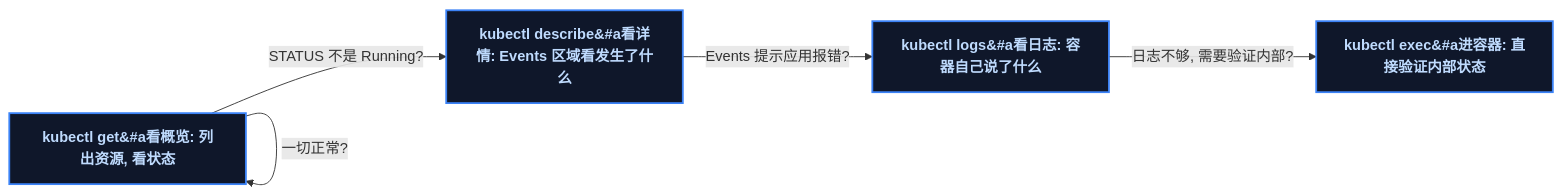
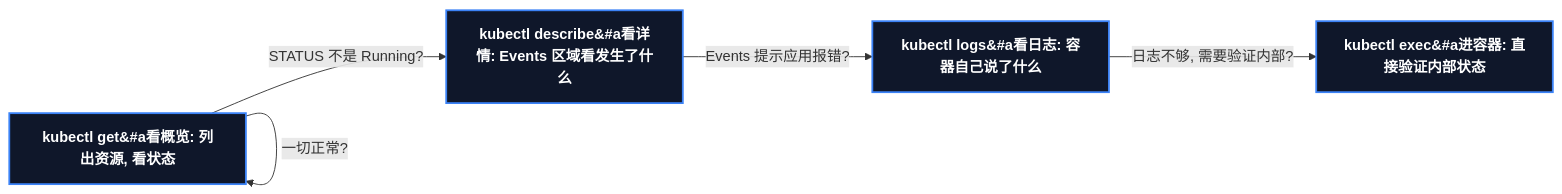
The first of 3 diagrams in content/posts/kubernetes/KubectlSurvivalManual.md (yaocat55/yaocat55.github.io), drawn with Mermaid before and after one commit. The commit also changed other lines of this file and 27 other files, not shown here.

Commit message:
docs: 全系列 93 张 Mermaid 图 classDef 改为 style 强制深底白字(修复部分渲染器白底浅字)+历史文件格式清理

````diff
--- a/content/posts/kubernetes/KubectlSurvivalManual.md
+++ b/content/posts/kubernetes/KubectlSurvivalManual.md
@@ -81,15 +81,16 @@
 ```mermaid
 flowchart LR
   GET["kubectl get&#a看概览: 列出资源, 看状态"]
   DESC["kubectl describe&#a看详情: Events 区域看发生了什么"]
   LOGS["kubectl logs&#a看日志: 容器自己说了什么"]
   EXEC["kubectl exec&#a进容器: 直接验证内部状态"]
 
   GET -->|"STATUS 不是 Running?"| DESC
   DESC -->|"Events 提示应用报错?"| LOGS
   LOGS -->|"日志不够, 需要验证内部?"| EXEC
   GET -->|"一切正常?"| GET
-
-classDef cmd fill:#0f172a,stroke:#3b82f6,stroke-width:2px,color:#bfdbfe,font-weight:bold;
-  class GET,DESC,LOGS,EXEC cmd
+    style GET fill:#0f172a,stroke:#3b82f6,stroke-width:2px,color:#ffffff,font-weight:bold
+    style DESC fill:#0f172a,stroke:#3b82f6,stroke-width:2px,color:#ffffff,font-weight:bold
+    style LOGS fill:#0f172a,stroke:#3b82f6,stroke-width:2px,color:#ffffff,font-weight:bold
+    style EXEC fill:#0f172a,stroke:#3b82f6,stroke-width:2px,color:#ffffff,font-weight:bold
 ```
````
